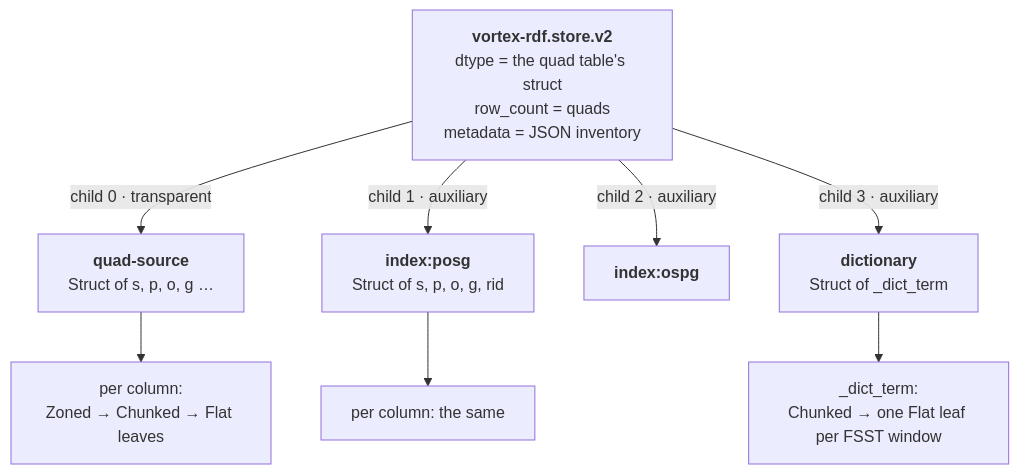
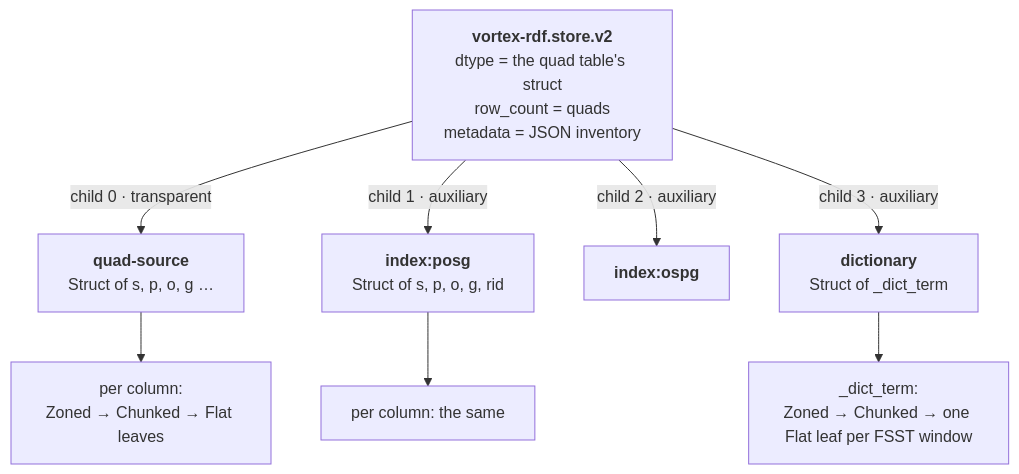
Before and after one commit to vortex-rdf/vortex-rdf: the diagram in docs/file-format.md, drawn with Mermaid. The commit also changed other lines of this file, not shown here.

````diff
--- a/docs/file-format.md
+++ b/docs/file-format.md
@@ -105,11 +102,11 @@
 ```mermaid
 flowchart TD
     R["<b>vortex-rdf.store.v2</b><br/>dtype = the quad table's struct<br/>row_count = quads<br/>metadata = JSON inventory"]
     R -- "child 0 · transparent" --> Q["<b>quad-source</b><br/>Struct of s, p, o, g …"]
     R -- "child 1 · auxiliary" --> I1["<b>index:posg</b><br/>Struct of s, p, o, g, rid"]
     R -- "child 2 · auxiliary" --> I2["<b>index:ospg</b>"]
     R -- "child 3 · auxiliary" --> D["<b>dictionary</b><br/>Struct of _dict_term"]
     Q --> QS["per column:<br/>Zoned → Chunked → Flat leaves"]
     I1 --> IS["per column: the same"]
-    D --> DS["_dict_term:<br/>Chunked → one Flat leaf per FSST window"]
+    D --> DS["_dict_term:<br/>Zoned → Chunked → one Flat leaf per FSST window"]
 ```
````
